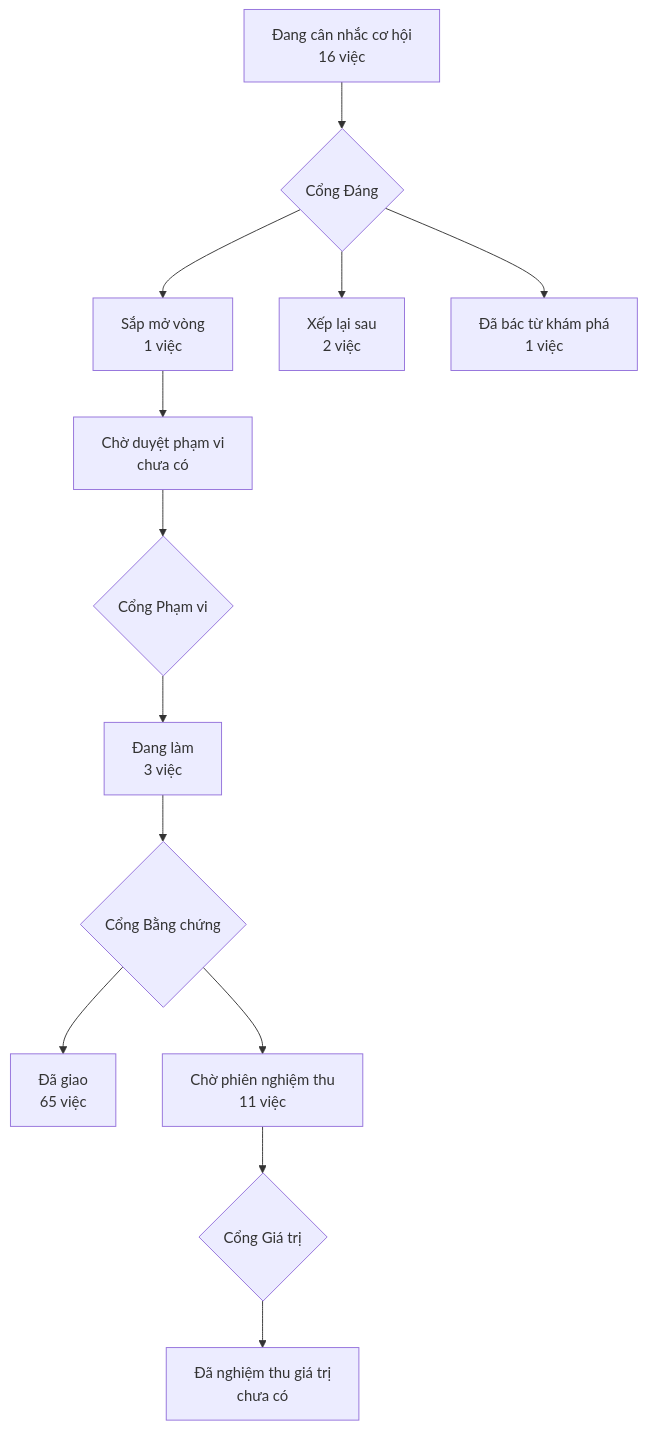
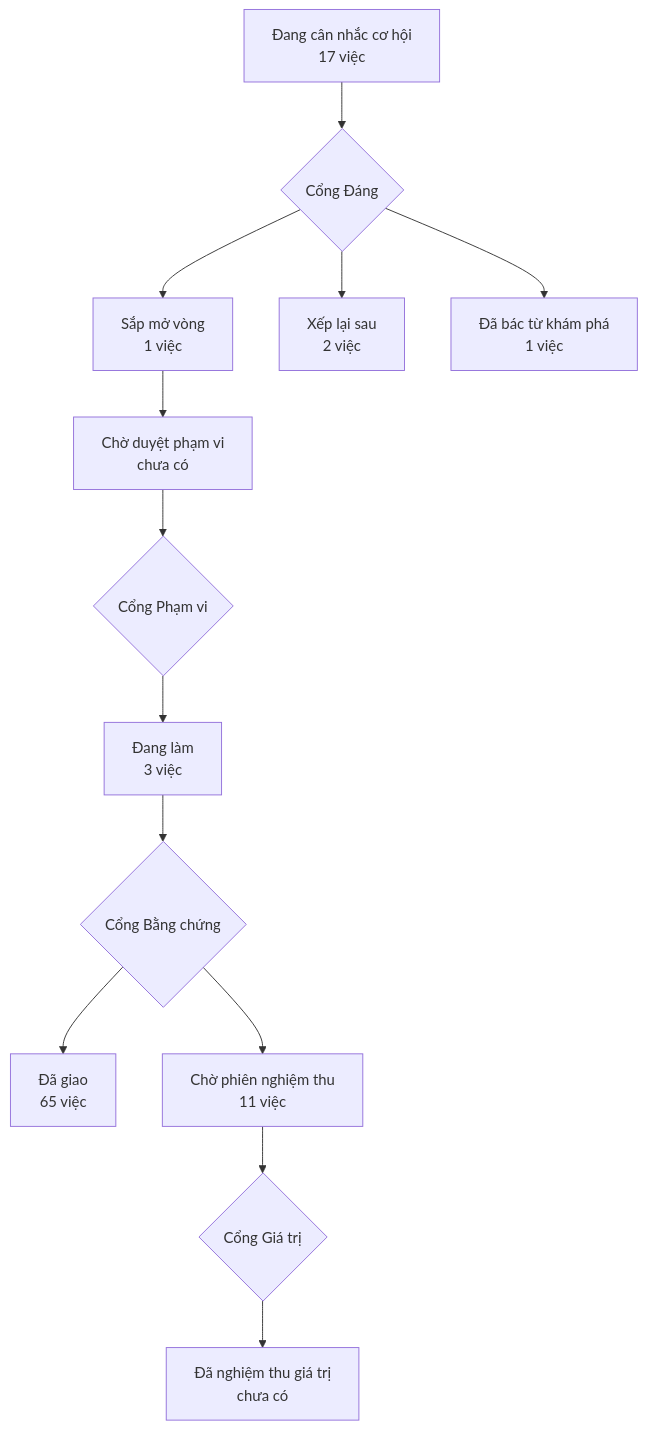
One commit to phanlemanh/acceptance-gate-kit changed the diagram in PRODUCT-MAP.md. Above: the diagram before and after it, drawn with Mermaid.

Commit message:
chore(product-map): ve lai ban do — gop song song #148/#149 giu so dem cu
Hai PR song song moi ben them mot o co hoi: #147 (chip danh-sach-chep-ci) vao main, #148 (viec-ke-theo-plan) tren nhanh. Ca hai ban PRODUCT-MAP.md deu ghi "16 viec" nen git tu gop SACH ma khong xung dot, trong khi cay hop nhat co 17. Ban do la ham thuan cua ho so (ADR 0007) nen chi can ve lai.

````diff
--- a/PRODUCT-MAP.md
+++ b/PRODUCT-MAP.md
@@ -6,12 +6,12 @@
 ```mermaid
 flowchart TD
-  A["Đang cân nhắc cơ hội<br/>16 việc"] --> GD{"Cổng Đáng"}
+  A["Đang cân nhắc cơ hội<br/>17 việc"] --> GD{"Cổng Đáng"}
   GD --> B["Sắp mở vòng<br/>1 việc"]
   GD --> XL["Xếp lại sau<br/>2 việc"]
   GD --> DB["Đã bác từ khám phá<br/>1 việc"]
   B --> CD["Chờ duyệt phạm vi<br/>chưa có"] --> GP{"Cổng Phạm vi"}
   GP --> DL["Đang làm<br/>3 việc"] --> GB{"Cổng Bằng chứng"}
   GB --> DG["Đã giao<br/>65 việc"]
   GB --> CN["Chờ phiên nghiệm thu<br/>11 việc"] --> GG{"Cổng Giá trị"}
   GG --> NT["Đã nghiệm thu giá trị<br/>chưa có"]
 ```
````
